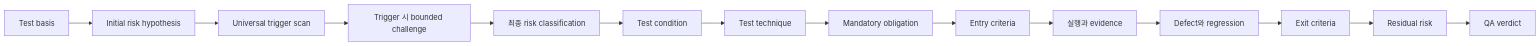
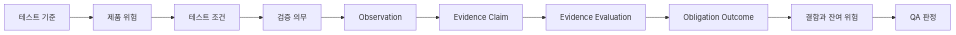
One commit to Jin-Doh/traceknot changed the diagram in README.ko.md. Above: the diagram before and after it, drawn with Mermaid. The commit also changed other lines of this file and 15 other files, not shown here.

````diff
--- a/README.ko.md
+++ b/README.ko.md
@@ -231,16 +107,12 @@
 ```mermaid
 flowchart LR
-    A[Test basis] --> B[Initial risk hypothesis]
-    B --> C[Universal trigger scan]
-    C --> D[Trigger 시 bounded challenge]
-    D --> E[최종 risk classification]
-    E --> F[Test condition]
-    F --> G[Test technique]
-    G --> H[Mandatory obligation]
-    H --> I[Entry criteria]
-    I --> J[실행과 evidence]
-    J --> K[Defect와 regression]
-    K --> L[Exit criteria]
-    L --> M[Residual risk]
-    M --> N[QA verdict]
+    B[테스트 기준] --> R[제품 위험]
+    R --> C[테스트 조건]
+    C --> O[검증 의무]
+    O --> E[Observation]
+    E --> Q[Evidence Claim]
+    Q --> A[Evidence Evaluation]
+    A --> X[Obligation Outcome]
+    X --> D[결함과 잔여 위험]
+    D --> V[QA 판정]
 ```
````
